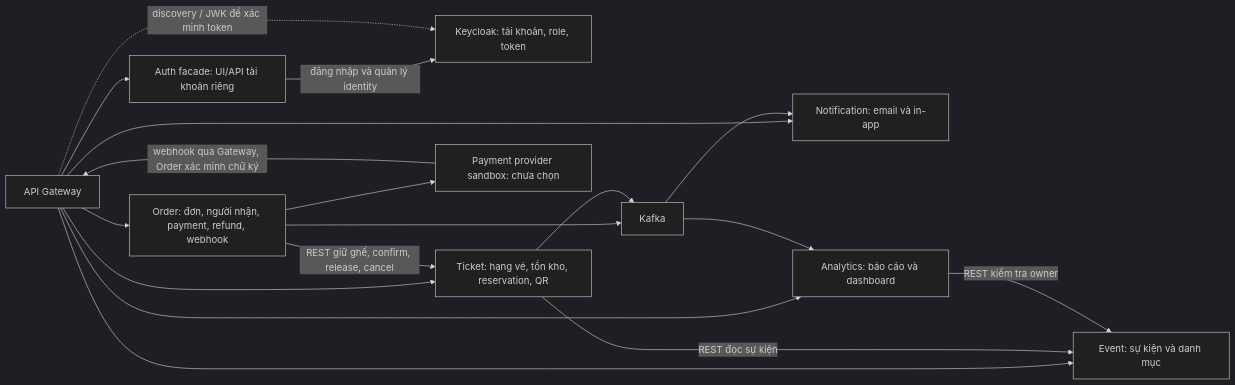
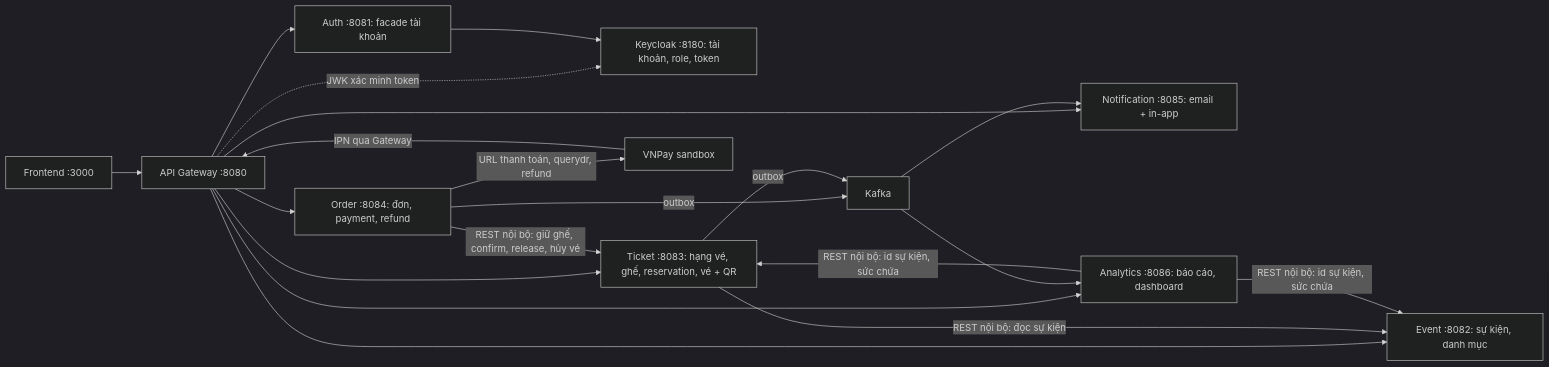
The first of 4 diagrams in docs/architecture/README.md (duymk123/EventHub), drawn with Mermaid (dark theme) before and after one commit. The commit also changed other lines of this file and 6 other files, not shown here.

First line of the commit message:
docs: đồng bộ OpenAPI và tài liệu luồng với code

````diff
--- a/docs/architecture/README.md
+++ b/docs/architecture/README.md
@@ -9,30 +7,25 @@
 ```mermaid
 flowchart LR
-    KC[Keycloak: tài khoản, role, token]
-    GW[API Gateway]
-    E[Event: sự kiện và danh mục]
-    T[Ticket: hạng vé, tồn kho, reservation, QR]
-    O[Order: đơn, người nhận, payment, refund, webhook]
+    FE[Frontend :3000]
+    GW[API Gateway :8080]
+    KC[Keycloak :8180: tài khoản, role, token]
+    AU[Auth :8081: facade tài khoản]
+    E[Event :8082: sự kiện, danh mục]
+    T[Ticket :8083: hạng vé, ghế, reservation, vé + QR]
+    O[Order :8084: đơn, payment, refund]
+    VN[VNPay sandbox]
     K[Kafka]
-    N[Notification: email và in-app]
-    A[Analytics: báo cáo và dashboard]
-    P[Payment provider sandbox: chưa chọn]
-    AU[Auth facade: UI/API tài khoản riêng]
-    GW --> AU
-    AU -->|đăng nhập và quản lý identity| KC
-    GW -.->|discovery / JWK để xác minh token| KC
-    GW --> E
-    GW --> T
-    GW --> O
-    GW --> N
-    GW --> A
-    O -->|REST giữ ghế, confirm, release, cancel| T
-    T -->|REST đọc sự kiện| E
-    A -->|REST kiểm tra owner| E
-    O --> P
-    P -->|webhook qua Gateway, Order xác minh chữ ký| GW
-    O --> K
-    T --> K
-    K --> N
-    K --> A
+    N[Notification :8085: email + in-app]
+    A[Analytics :8086: báo cáo, dashboard]
+    FE --> GW
+    GW --> AU & E & T & O & N & A
+    GW -.->|JWK xác minh token| KC
+    AU --> KC
+    O -->|REST nội bộ: giữ ghế, confirm, release, hủy vé| T
+    T -->|REST nội bộ: đọc sự kiện| E
+    A -->|REST nội bộ: id sự kiện, sức chứa| E & T
+    O -->|URL thanh toán, querydr, refund| VN
+    VN -->|IPN qua Gateway| GW
+    O & T -->|outbox| K
+    K --> N & A
 ```
````
